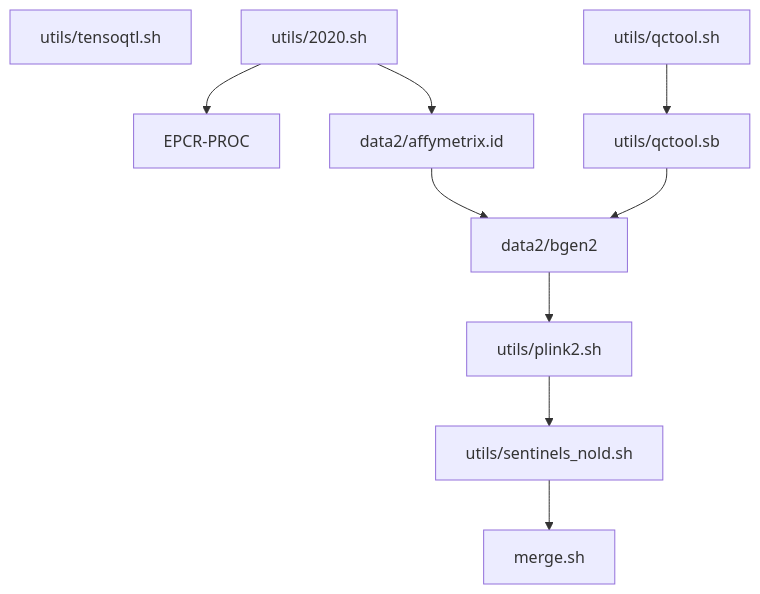
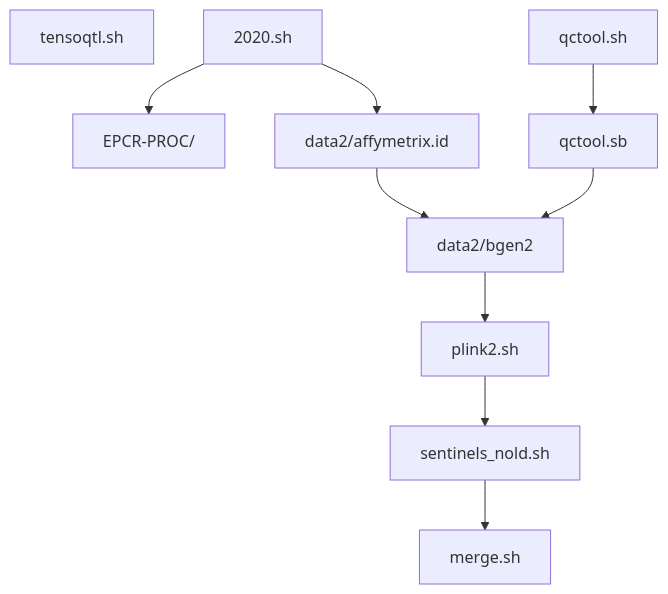
The first of 2 diagrams in docs/README.md (jinghuazhao/Caprion), drawn with Mermaid before and after one commit. The commit also changed other lines of this file, not shown here.

````diff
--- a/docs/README.md
+++ b/docs/README.md
@@ -38,12 +38,12 @@
 ```mermaid
 graph TB;
-utils/tensoqtl.sh
-utils/2020.sh --> EPCR-PROC
-utils/2020.sh --> data2/affymetrix.id
+tensoqtl.sh
+2020.sh --> EPCR-PROC/
+2020.sh --> data2/affymetrix.id
 data2/affymetrix.id  --> data2/bgen2
-utils/qctool.sh --> utils/qctool.sb
-utils/qctool.sb --> data2/bgen2
-data2/bgen2 --> utils/plink2.sh
-utils/plink2.sh --> utils/sentinels_nold.sh
-utils/sentinels_nold.sh --> merge.sh
+qctool.sh --> qctool.sb
+qctool.sb --> data2/bgen2
+data2/bgen2 --> plink2.sh
+plink2.sh --> sentinels_nold.sh
+sentinels_nold.sh --> merge.sh
 ```
````
